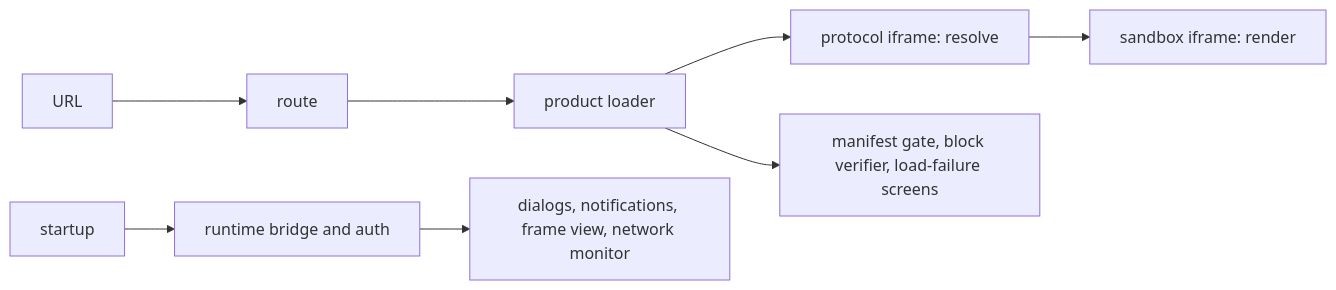
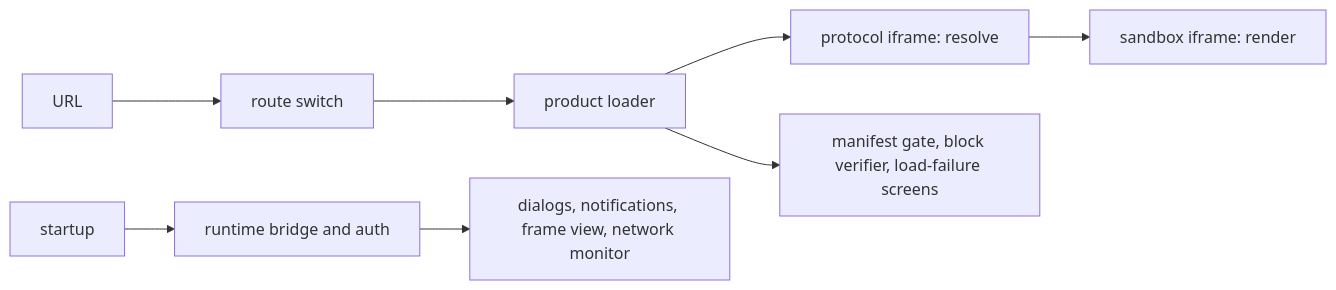
One commit to paritytech/dotli-community changed the diagram in apps/host/README.md. Above: the diagram before and after it, drawn with Mermaid. The commit also changed other lines of this file and 168 other files, not shown here.

````diff
--- a/apps/host/README.md
+++ b/apps/host/README.md
@@ -72,8 +78,8 @@
 ```mermaid
 flowchart LR
-  url[URL] --> route --> loader[product loader]
+  url[URL] --> route["route switch"] --> loader[product loader]
   loader --> resolve["protocol iframe: resolve"] --> render["sandbox iframe: render"]
   loader --> checks["manifest gate, block verifier, load-failure screens"]
   startup --> bridge["runtime bridge and auth"]
   bridge --> page["dialogs, notifications, frame view, network monitor"]
 ```
````
